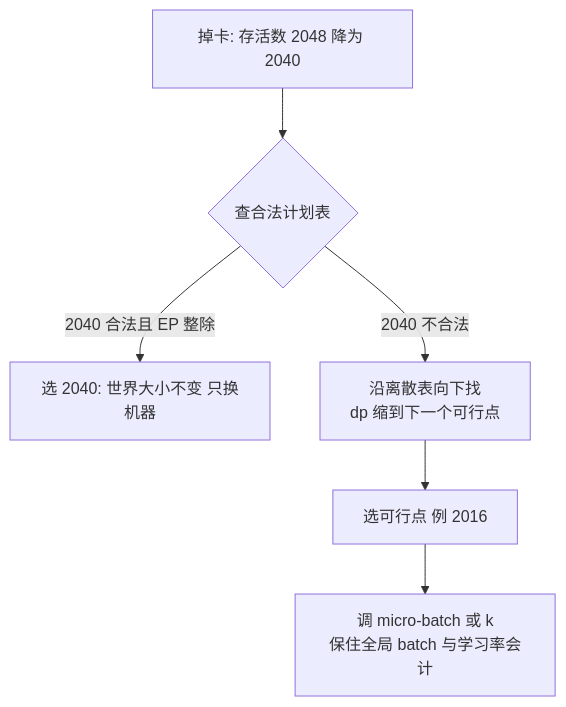
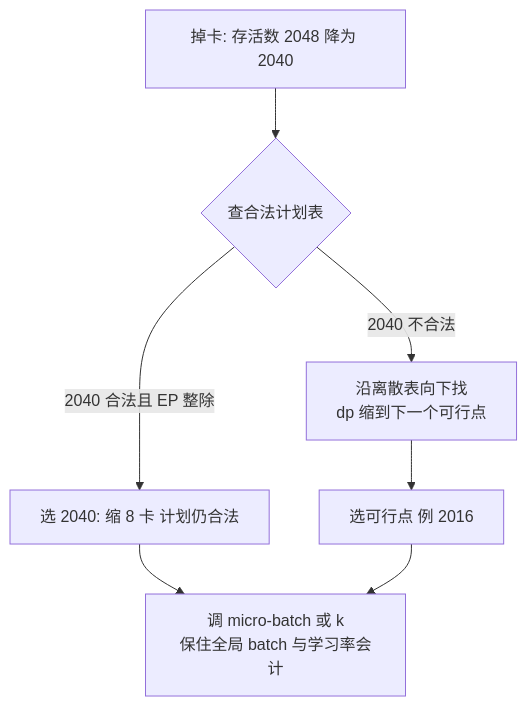
One commit to xhongduo-tech/xhongduo-tech.github.io changed the first of 2 diagrams in docs/llm/elastic-training.md. Above: the diagram before and after it, drawn with Mermaid. The commit also changed 2 other files, not shown here.

Commit message:
Content review llm-021: fix Ulysses per-rank head labeling and elastic-training graph consistency.

````diff
--- a/docs/llm/elastic-training.md
+++ b/docs/llm/elastic-training.md
@@ -22,8 +22,9 @@
 ```mermaid
 flowchart TD
   FAIL["掉卡: 存活数 2048 降为 2040"] --> T{"查合法计划表"}
-  T -->|"2040 合法且 EP 整除"| P1["选 2040: 世界大小不变 只换机器"]
+  T -->|"2040 合法且 EP 整除"| P1["选 2040: 缩 8 卡 计划仍合法"]
   T -->|"2040 不合法"| DOWN["沿离散表向下找<br/>dp 缩到下一个可行点"]
   DOWN --> P2["选可行点 例 2016"]
+  P1 --> ADJ["调 micro-batch 或 k<br/>保住全局 batch 与学习率会计"]
   P2 --> ADJ["调 micro-batch 或 k<br/>保住全局 batch 与学习率会计"]
 ```
````
